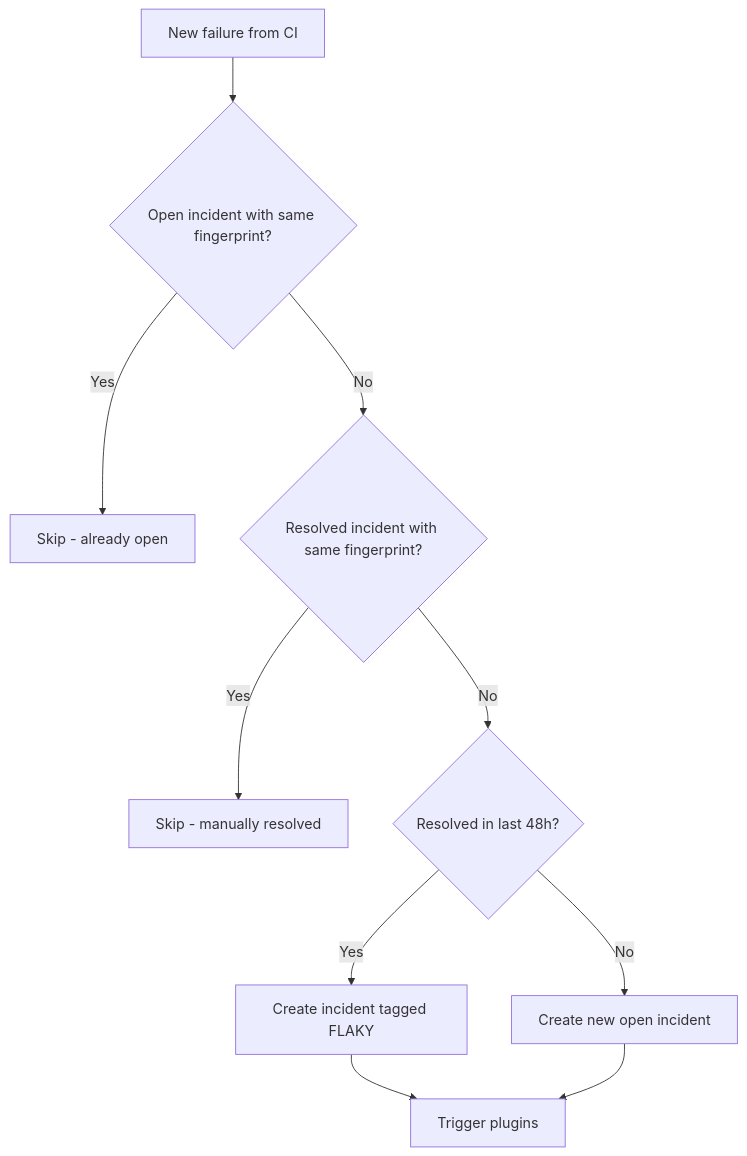
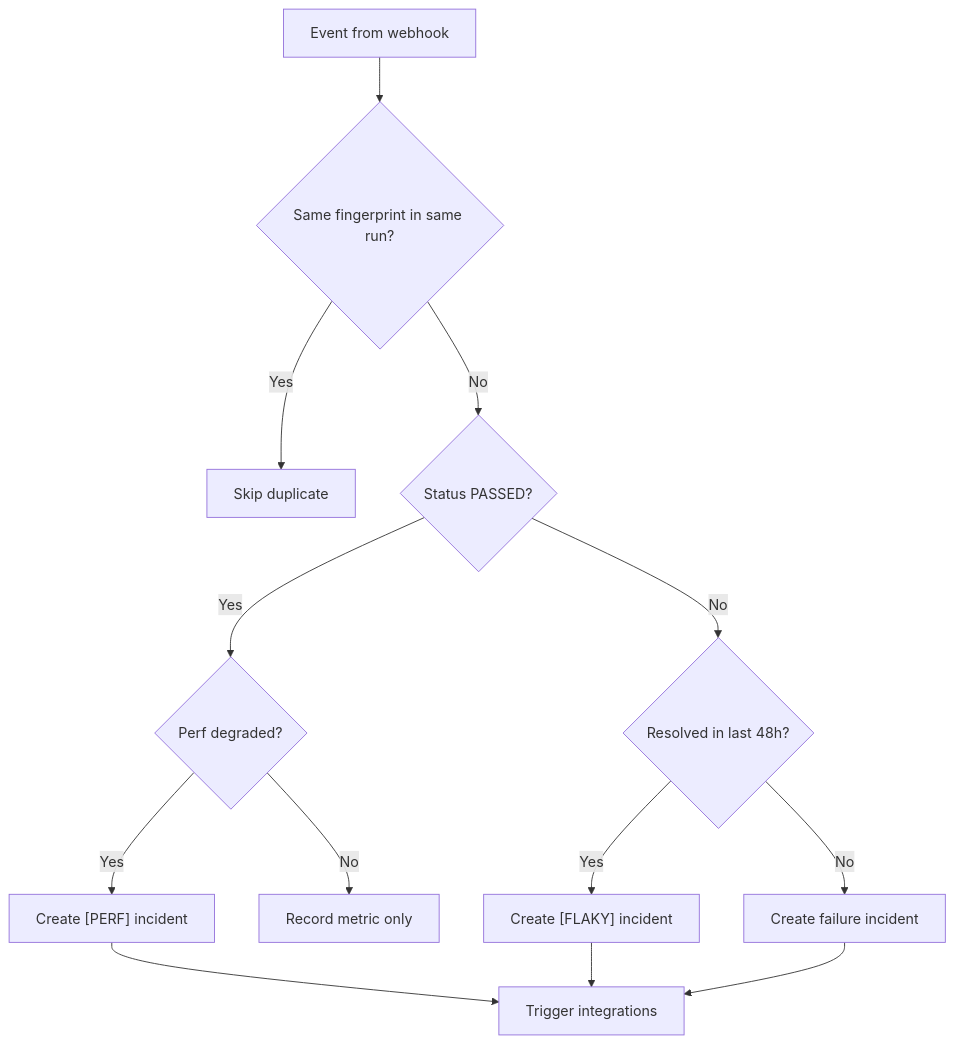
The diagram in docs/guides/incident-lifecycle.md (QA-Capsule/qa-capsule-community), drawn with Mermaid before and after one commit. The commit also changed other lines of this file and 106 other files, not shown here.

````diff
--- a/docs/guides/incident-lifecycle.md
+++ b/docs/guides/incident-lifecycle.md
@@ -40,12 +57,15 @@
 ```mermaid
 flowchart TD
-    A[New failure from CI] --> B{Open incident with same fingerprint?}
-    B -->|Yes| C[Skip - already open]
-    B -->|No| D{Resolved incident with same fingerprint?}
-    D -->|Yes| E[Skip - manually resolved]
-    D -->|No| F{Resolved in last 48h?}
-    F -->|Yes| G[Create incident tagged FLAKY]
-    F -->|No| H[Create new open incident]
-    G --> I[Trigger plugins]
-    H --> I
+    A[Event from webhook] --> B{Same fingerprint in same run?}
+    B -->|Yes| C[Skip duplicate]
+    B -->|No| D{Status PASSED?}
+    D -->|Yes| E{Perf degraded?}
+    E -->|Yes| F["Create [PERF] incident"]
+    E -->|No| G[Record metric only]
+    D -->|No| H{Resolved in last 48h?}
+    H -->|Yes| I["Create [FLAKY] incident"]
+    H -->|No| J[Create failure incident]
+    F --> K[Trigger integrations]
+    I --> K
+    J --> K
 ```
````
